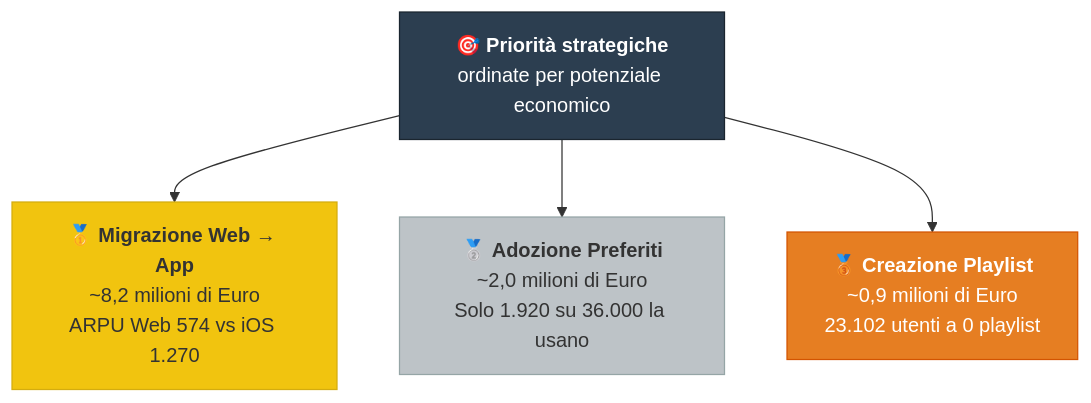
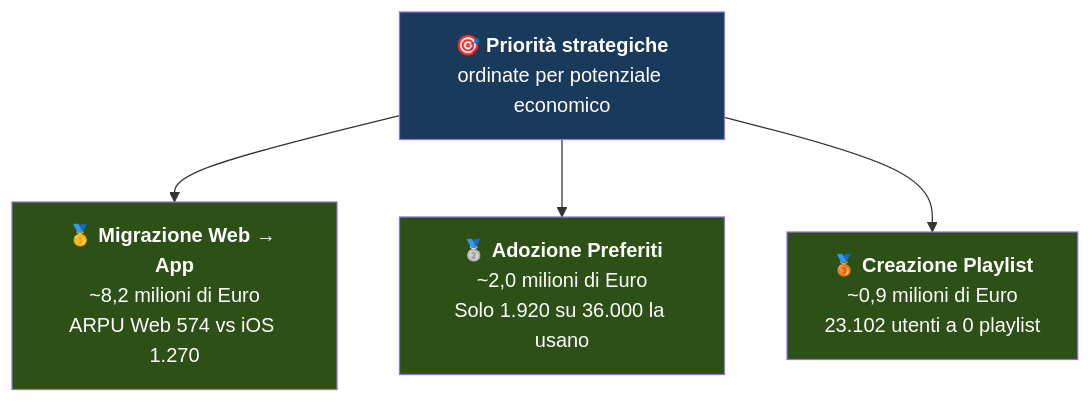
The tenth of 12 diagrams in src/content/corso/analisi-prodotto/analisi-coorte.mdx (AndreyBertasini/gynnitech), drawn with Mermaid before and after one commit. The commit also changed other lines of this file and 21 other files, not shown here.

First line of the commit message:
style: applica color scheme semantico a tutti i diagrammi Mermaid del corso

````diff
--- a/src/content/corso/analisi-prodotto/analisi-coorte.mdx
+++ b/src/content/corso/analisi-prodotto/analisi-coorte.mdx
@@ -310,11 +326,11 @@
 ```mermaid
 graph TD
     TOP["🎯 <b>Priorità strategiche</b><br/>ordinate per potenziale economico"]
     TOP --> P1["🥇 <b>Migrazione Web → App</b><br/>~8,2 milioni di Euro<br/>ARPU Web 574 vs iOS 1.270"]
     TOP --> P2["🥈 <b>Adozione Preferiti</b><br/>~2,0 milioni di Euro<br/>Solo 1.920 su 36.000 la usano"]
     TOP --> P3["🥉 <b>Creazione Playlist</b><br/>~0,9 milioni di Euro<br/>23.102 utenti a 0 playlist"]
-    style TOP fill:#2c3e50,stroke:#1a252f,color:#fff
-    style P1 fill:#f1c40f,stroke:#d4ac0f,color:#333
-    style P2 fill:#bdc3c7,stroke:#95a5a6,color:#333
-    style P3 fill:#e67e22,stroke:#d35400,color:#fff
+    style TOP fill:#1a3a5c,color:#ffffff
+    style P1 fill:#2d5016,color:#ffffff
+    style P2 fill:#2d5016,color:#ffffff
+    style P3 fill:#2d5016,color:#ffffff
 ```
````
